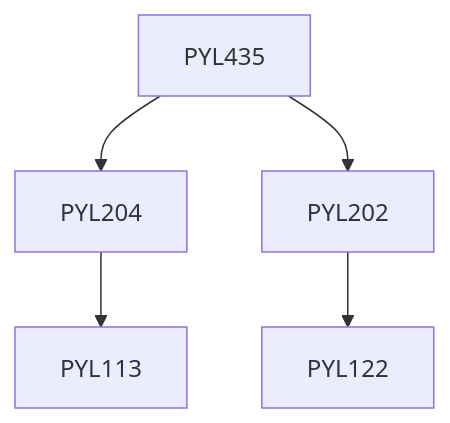
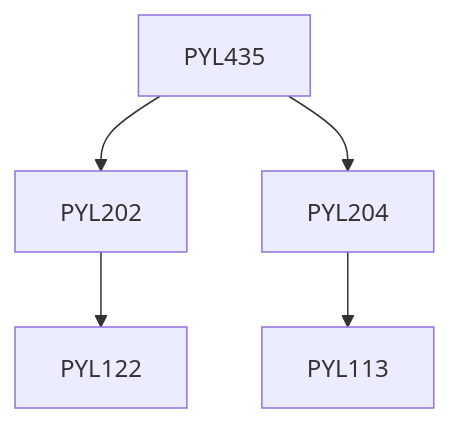
Before and after one commit to KeshavBansal0122/CoS_Website: the diagram in content/Physics/PYL435.md, drawn with Mermaid. The commit also changed other lines of this file and 2667 other files, not shown here.

````diff
--- a/content/Physics/PYL435.md
+++ b/content/Physics/PYL435.md
@@ -15,7 +13,11 @@
 ```mermaid
-graph TD
-PYL435 --> PYL204
-PYL204 --> PYL113
-PYL435 --> PYL202
-PYL202 --> PYL122
+flowchart TD
+PYL435-653[PYL435]
+PYL202-653 --> PYL122-653[PYL122]
+PYL204-653 --> PYL113-653[PYL113]
+PYL435-653 --> PYL202-653[PYL202]
+PYL435-653 --> PYL204-653[PYL204]
+
+classDef empty height:17px, fill:transparent, stroke:transparent;
+classDef trueEmpty height:0px, width:0px;
 ```
````
